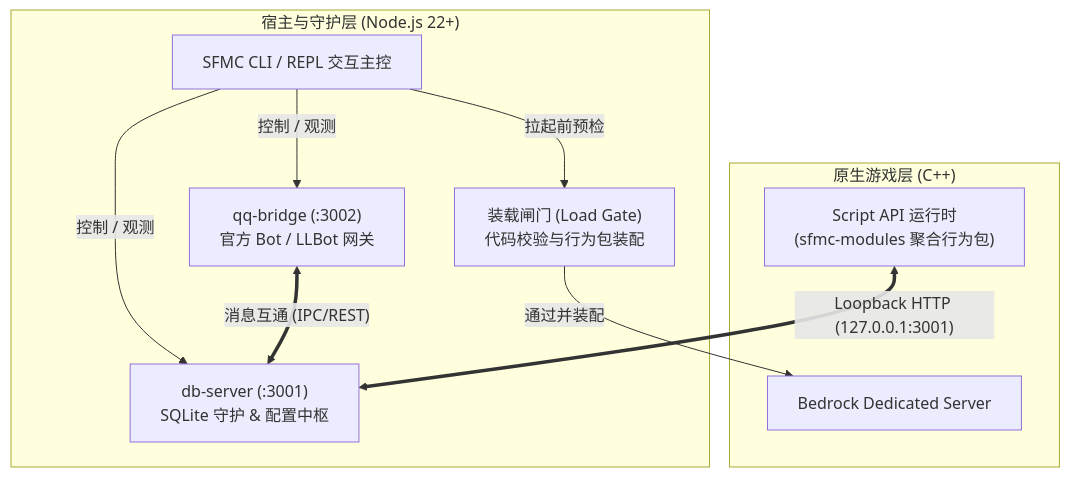
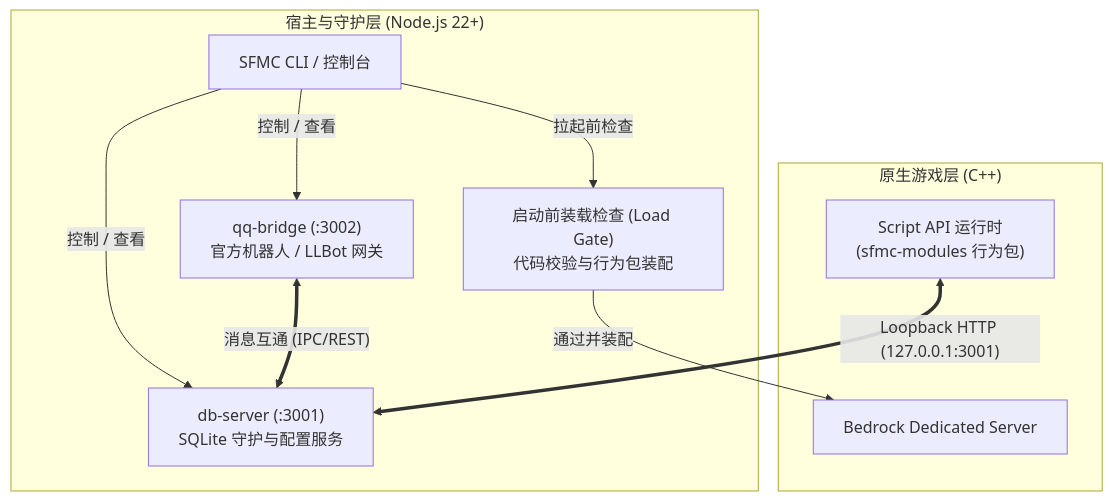
One commit to DogeLakeDev/ScriptsForMinecraftServer changed the first of 2 diagrams in docs/zh/guide/services.mdx. Above: the diagram before and after it, drawn with Mermaid. The commit also changed other lines of this file and 282 other files, not shown here.

````diff
--- a/docs/zh/guide/services.mdx
+++ b/docs/zh/guide/services.mdx
@@ -11,22 +11,22 @@
 ```mermaid
 flowchart TD
   subgraph HostProcess ["宿主与守护层 (Node.js 22+)"]
-    CLI["SFMC CLI / REPL 交互主控"]
-    DB["db-server (:3001)<br/>SQLite 守护 & 配置中枢"]
-    QQ["qq-bridge (:3002)<br/>官方 Bot / LLBot 网关"]
-    GATE["装载闸门 (Load Gate)<br/>代码校验与行为包装配"]
+    CLI["SFMC CLI / 控制台"]
+    DB["db-server (:3001)<br/>SQLite 守护与配置服务"]
+    QQ["qq-bridge (:3002)<br/>官方机器人 / LLBot 网关"]
+    GATE["启动前装载检查 (Load Gate)<br/>代码校验与行为包装配"]
   end
 
   subgraph NativeBDS ["原生游戏层 (C++)"]
-    BDS["Bedrock Dedicated Server "]
-    SAPI["Script API 运行时<br/>(sfmc-modules 聚合行为包)"]
+    BDS["Bedrock Dedicated Server"]
+    SAPI["Script API 运行时<br/>(sfmc-modules 行为包)"]
   end
 
-  CLI -->|控制 / 观测| DB
-  CLI -->|控制 / 观测| QQ
-  CLI -->|拉起前预检| GATE
+  CLI -->|控制 / 查看| DB
+  CLI -->|控制 / 查看| QQ
+  CLI -->|拉起前检查| GATE
   GATE -->|通过并装配| BDS
 
   SAPI <== Loopback HTTP (127.0.0.1:3001) ==> DB
   QQ <== 消息互通 (IPC/REST) ==> DB
 ```
````
